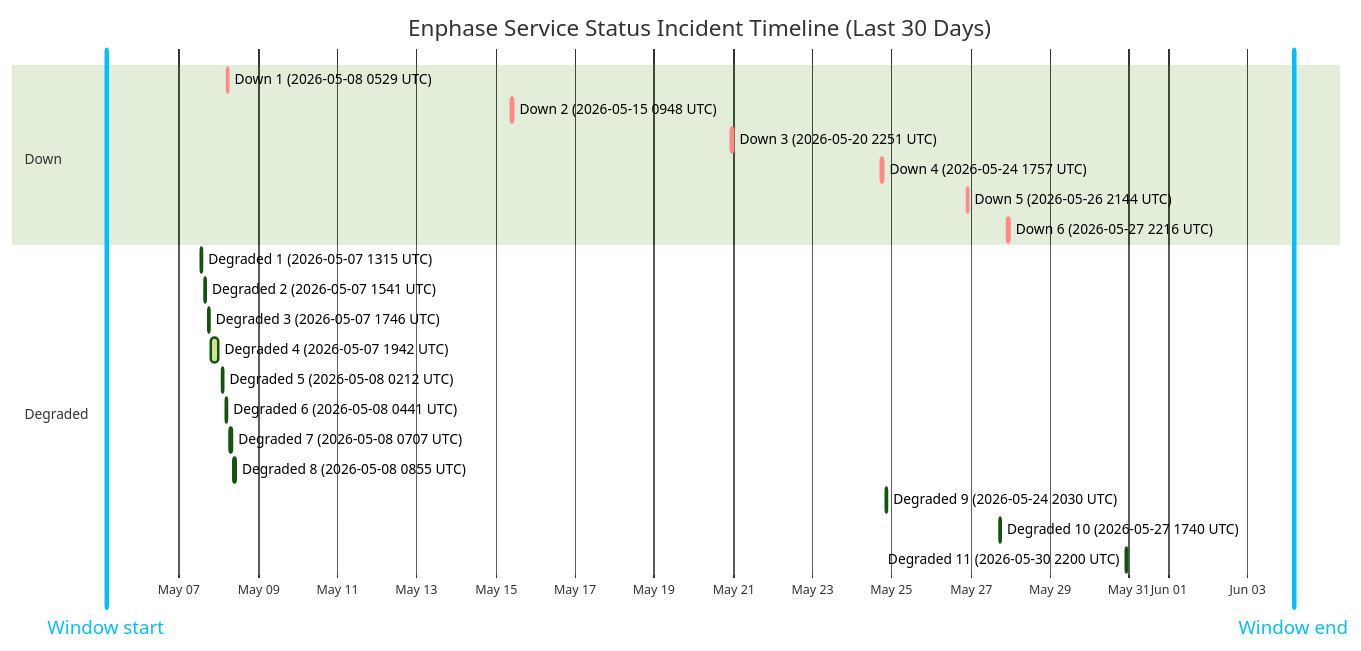
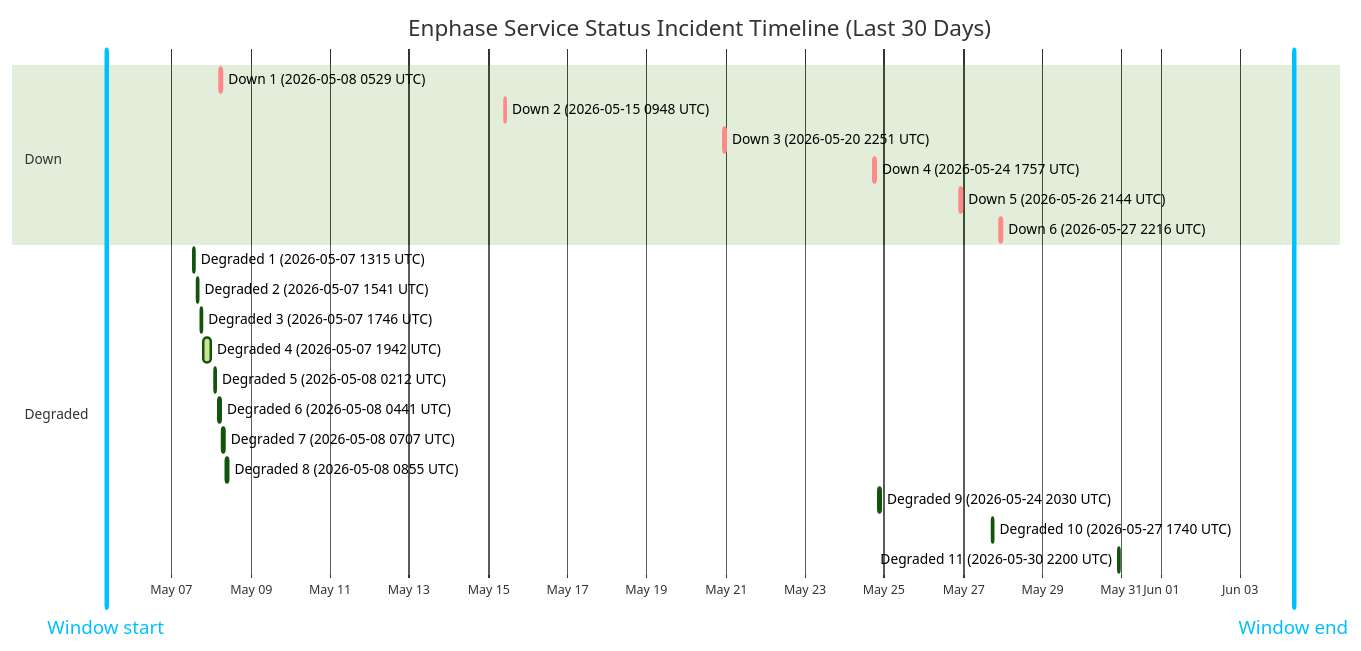
Before and after one commit to barneyonline/ha-enphase-energy: the diagram in wiki/Service-Status-History.md, drawn with Mermaid (forest theme). The commit also changed other lines of this file and 3 other files, not shown here.

````diff
--- a/wiki/Service-Status-History.md
+++ b/wiki/Service-Status-History.md
@@ -14,27 +14,27 @@
 ```mermaid
 gantt
     title Enphase Service Status Incident Timeline (Last 30 Days)
     dateFormat  YYYY-MM-DDTHH:mm:ss
     axisFormat  %b %d
-    Window start :vert, window-start, 2026-05-05T03:54:39, 0ms
-    Window end :vert, window-end, 2026-06-04T03:54:39, 0ms
+    Window start :vert, window-start, 2026-05-05T08:20:21, 0ms
+    Window end :vert, window-end, 2026-06-04T08:20:21, 0ms
     section Down
     Down 1 (2026-05-08 0529 UTC) :crit, down-1, 2026-05-08T05:29:47, 60m
     Down 2 (2026-05-15 0948 UTC) :crit, down-2, 2026-05-15T09:48:18, 60m
     Down 3 (2026-05-20 2251 UTC) :crit, down-3, 2026-05-20T22:51:14, 75m
     Down 4 (2026-05-24 1757 UTC) :crit, down-4, 2026-05-24T17:57:41, 86m
     Down 5 (2026-05-26 2144 UTC) :crit, down-5, 2026-05-26T21:44:11, 85m
     Down 6 (2026-05-27 2216 UTC) :crit, down-6, 2026-05-27T22:16:53, 87m
     section Degraded
     Degraded 1 (2026-05-07 1315 UTC) :active, degraded-1, 2026-05-07T13:15:25, 60m
     Degraded 2 (2026-05-07 1541 UTC) :active, degraded-2, 2026-05-07T15:41:58, 60m
     Degraded 3 (2026-05-07 1746 UTC) :active, degraded-3, 2026-05-07T17:46:51, 60m
     Degraded 4 (2026-05-07 1942 UTC) :active, degraded-4, 2026-05-07T19:42:10, 249m
     Degraded 5 (2026-05-08 0212 UTC) :active, degraded-5, 2026-05-08T02:12:39, 60m
     Degraded 6 (2026-05-08 0441 UTC) :active, degraded-6, 2026-05-08T04:41:46, 60m
     Degraded 7 (2026-05-08 0707 UTC) :active, degraded-7, 2026-05-08T07:07:30, 60m
     Degraded 8 (2026-05-08 0855 UTC) :active, degraded-8, 2026-05-08T08:55:20, 88m
     Degraded 9 (2026-05-24 2030 UTC) :active, degraded-9, 2026-05-24T20:30:57, 84m
     Degraded 10 (2026-05-27 1740 UTC) :active, degraded-10, 2026-05-27T17:40:52, 60m
     Degraded 11 (2026-05-30 2200 UTC) :active, degraded-11, 2026-05-30T22:00:37, 60m
 ```
````
